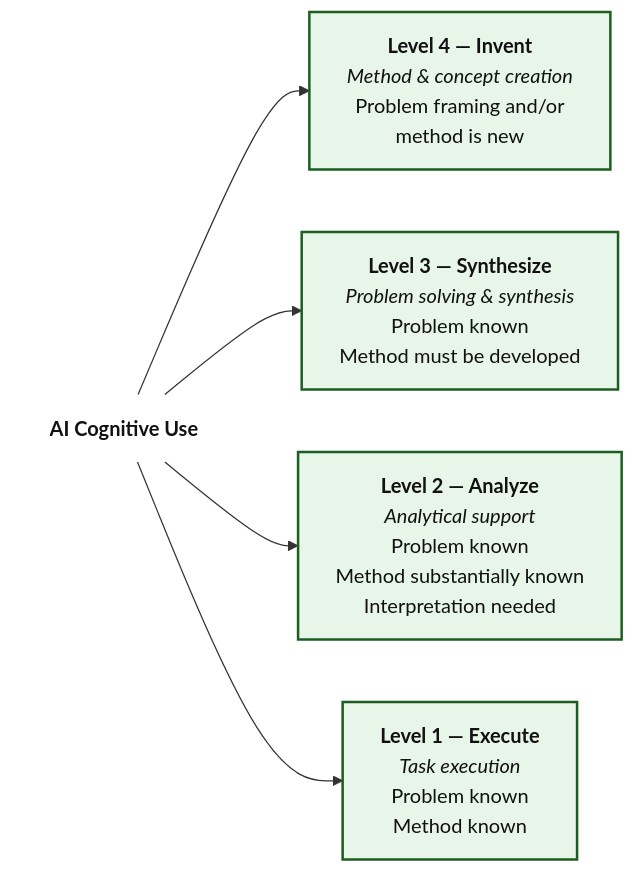
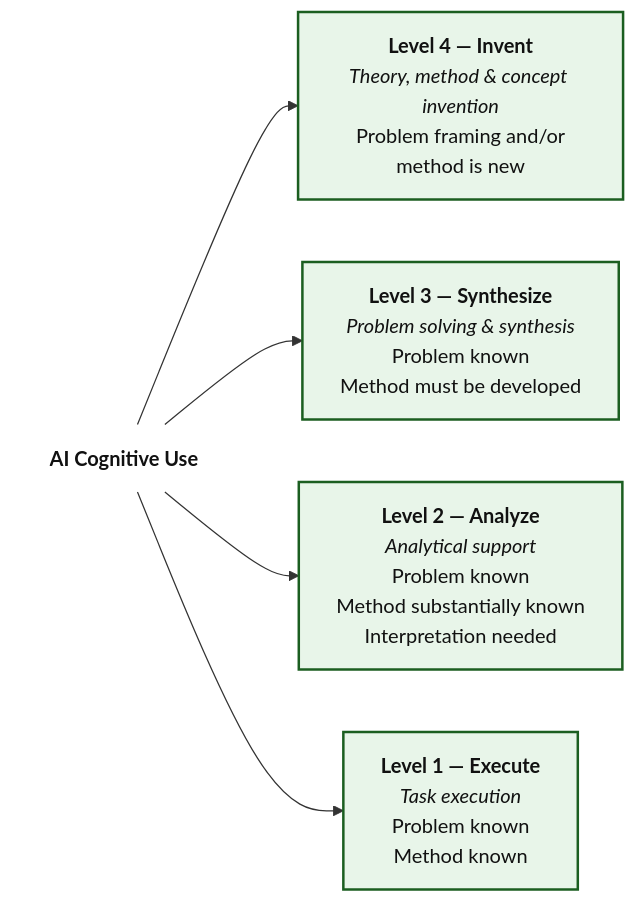
One commit to Tellusant/docs changed the diagram in articles-posts/ai-cognitive-uses.md. Above: the diagram before and after it, drawn with Mermaid. The commit also changed other lines of this file, not shown here.

```diff
--- a/articles-posts/ai-cognitive-uses.md
+++ b/articles-posts/ai-cognitive-uses.md
@@ -23,39 +23,39 @@
 <div class="mermaid">
   
 flowchart LR
 %%{init: {'themeVariables': { 'fontFamily': 'Arial'}}}%%
 
 AI["`**AI Cognitive Use**`"]:::none
 
 L4["`**Level 4 — Invent**
-*Method & concept creation*
+*Theory, method & concept invention*
 Problem framing and/or
 method is new`"]:::strong
 
 L3["`**Level 3 — Synthesize**
 *Problem solving & synthesis*
 Problem known
 Method must be developed`"]:::strong
 
 L2["`**Level 2 — Analyze**
 *Analytical support*
 Problem known
 Method substantially known
 Interpretation needed`"]:::strong
 
 L1["`**Level 1 — Execute**
 *Task execution*
 Problem known
 Method known`"]:::strong
 
 AI --> L4
 AI --> L3
 AI --> L2
 AI --> L1
 
 %% ========= STYLES =========
 
 classDef strong fill:#E8F5E9,stroke:#1B5E20,stroke-width:2px,color:#111;
 classDef none fill:transparent,stroke:transparent,color:#111;
 
 </div>
```
